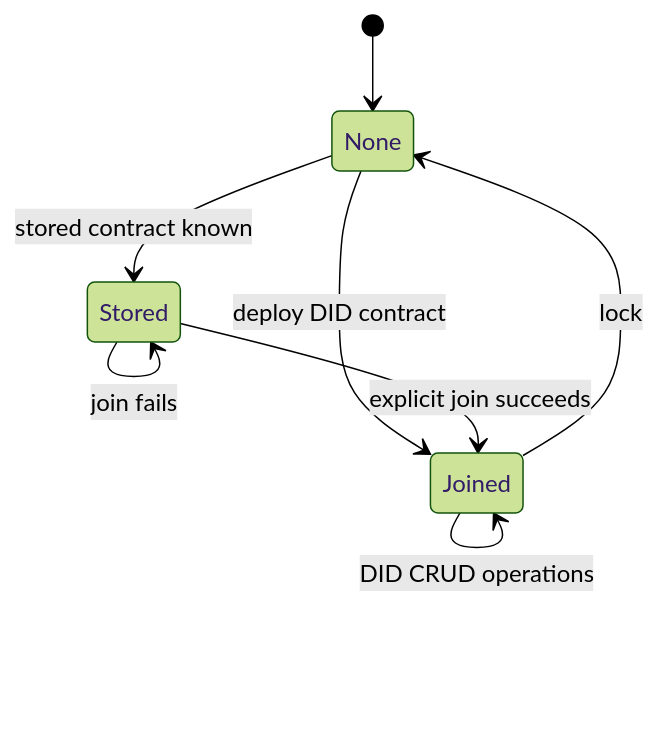
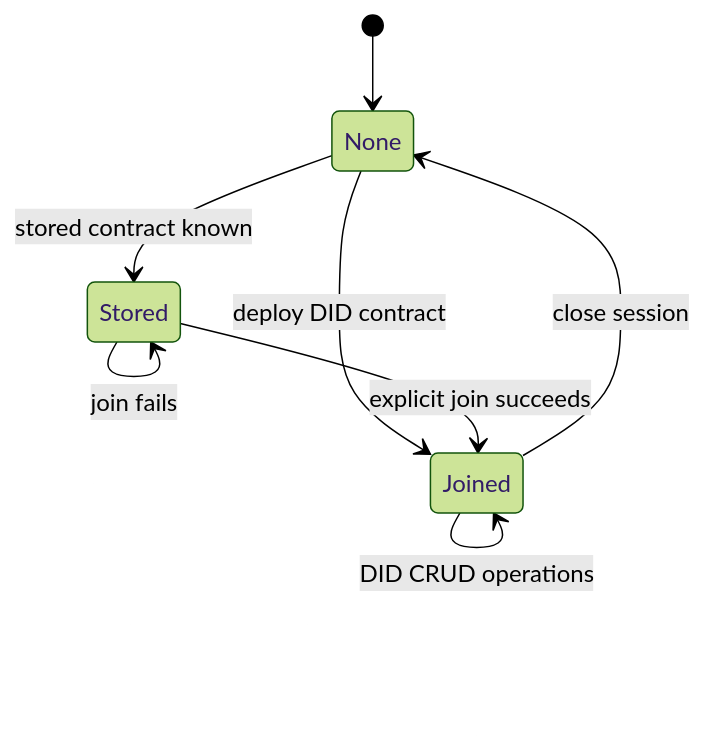
Before and after one commit to midnightntwrk/midnight-did: the fifth of 8 diagrams in docs-site/architecture/did-manager-service.md, drawn with Mermaid (forest theme). The commit also changed other lines of this file and 20 other files, not shown here.

First line of the commit message:
feat(manager): adopt start/close session model and harden runtime

````diff
--- a/docs-site/architecture/did-manager-service.md
+++ b/docs-site/architecture/did-manager-service.md
@@ -183,10 +183,10 @@
 ```mermaid
 stateDiagram-v2
     [*] --> None
     None --> Stored: stored contract known
     None --> Joined: deploy DID contract
     Stored --> Joined: explicit join succeeds
     Stored --> Stored: join fails
     Joined --> Joined: DID CRUD operations
-    Joined --> None: lock
+    Joined --> None: close session
 ```
````
